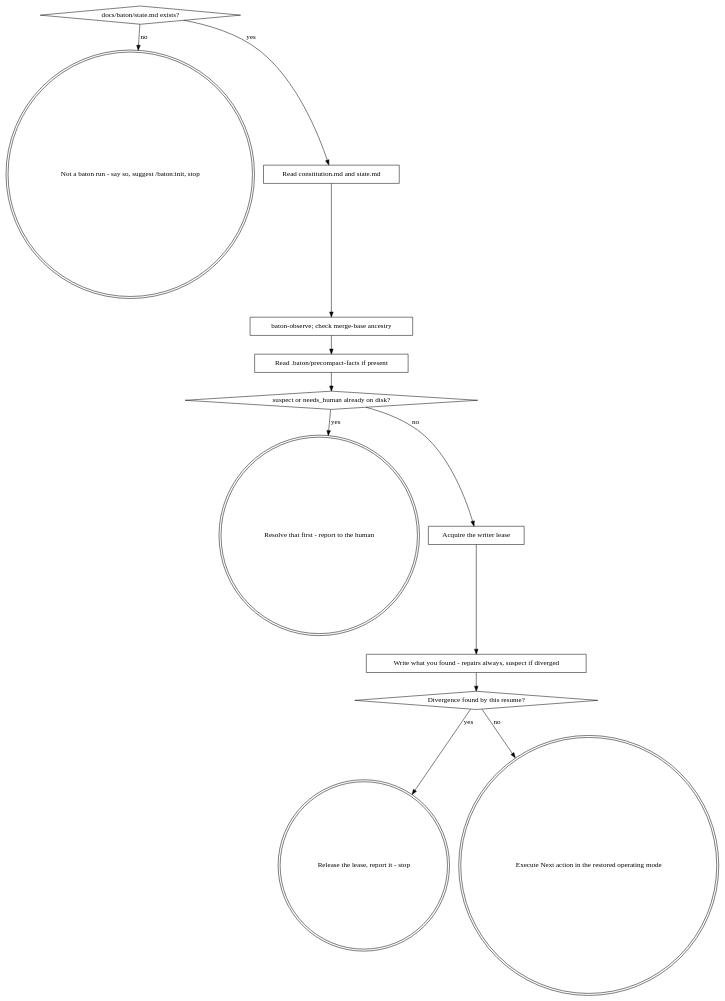
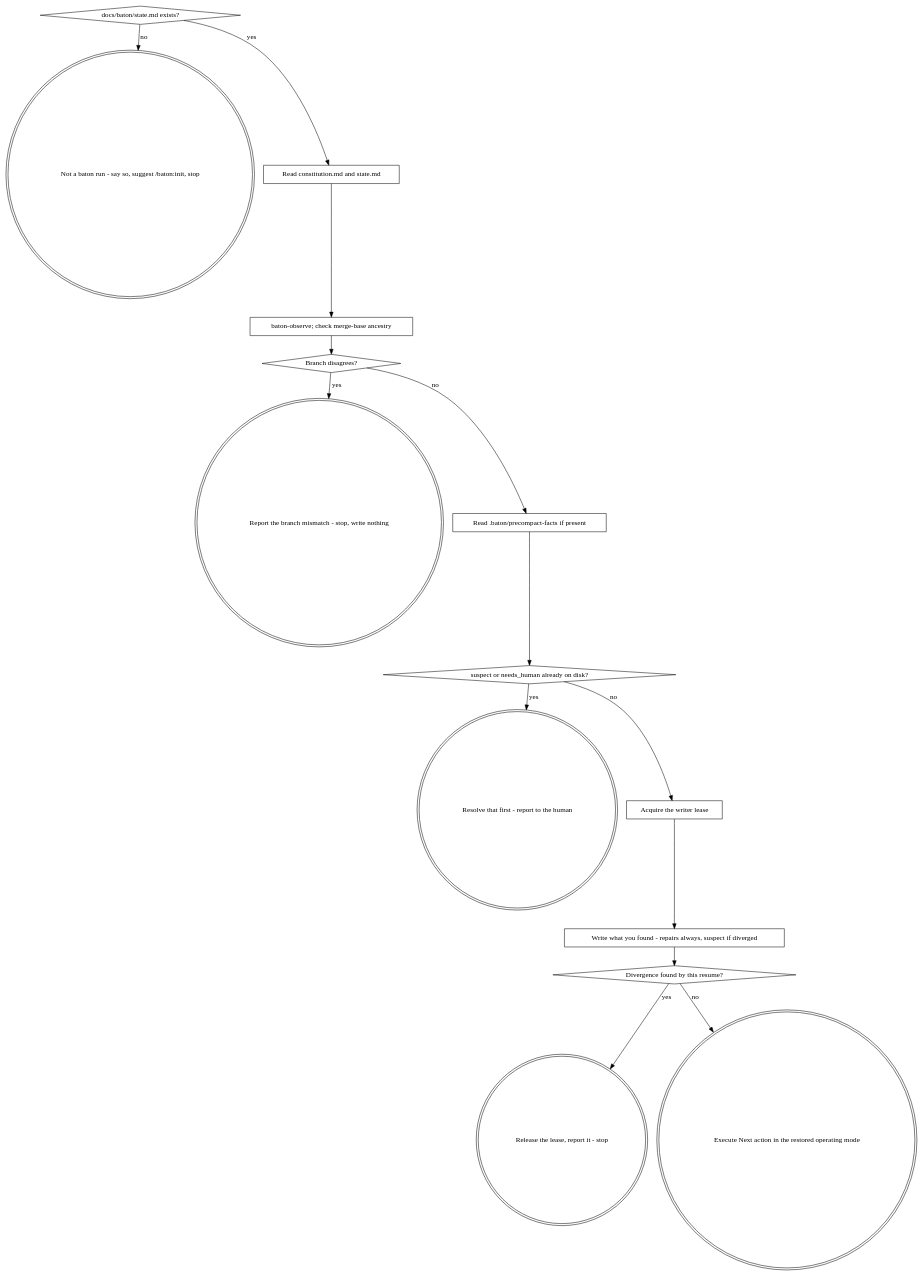
One commit to the-practice-company/bench changed the diagram in plugins/baton/skills/baton-resume/SKILL.md. Above: the diagram before and after it, drawn with Graphviz. The commit also changed other lines of this file and 2 other files, not shown here.

Commit message:
baton-resume: the stop that cannot write, and the two sentences that assumed it could

````diff
--- a/plugins/baton/skills/baton-resume/SKILL.md
+++ b/plugins/baton/skills/baton-resume/SKILL.md
@@ -20,28 +20,32 @@
 ```dot
 digraph resume {
     "docs/baton/state.md exists?" [shape=diamond];
     "Not a baton run - say so, suggest /baton:init, stop" [shape=doublecircle];
     "Read constitution.md and state.md" [shape=box];
     "baton-observe; check merge-base ancestry" [shape=box];
+    "Branch disagrees?" [shape=diamond];
+    "Report the branch mismatch - stop, write nothing" [shape=doublecircle];
     "Read .baton/precompact-facts if present" [shape=box];
     "suspect or needs_human already on disk?" [shape=diamond];
     "Resolve that first - report to the human" [shape=doublecircle];
     "Acquire the writer lease" [shape=box];
     "Write what you found - repairs always, suspect if diverged" [shape=box];
     "Divergence found by this resume?" [shape=diamond];
     "Release the lease, report it - stop" [shape=doublecircle];
     "Execute Next action in the restored operating mode" [shape=doublecircle];
 
     "docs/baton/state.md exists?" -> "Not a baton run - say so, suggest /baton:init, stop" [label="no"];
     "docs/baton/state.md exists?" -> "Read constitution.md and state.md" [label="yes"];
     "Read constitution.md and state.md" -> "baton-observe; check merge-base ancestry";
-    "baton-observe; check merge-base ancestry" -> "Read .baton/precompact-facts if present";
+    "baton-observe; check merge-base ancestry" -> "Branch disagrees?";
+    "Branch disagrees?" -> "Report the branch mismatch - stop, write nothing" [label="yes"];
+    "Branch disagrees?" -> "Read .baton/precompact-facts if present" [label="no"];
     "Read .baton/precompact-facts if present" -> "suspect or needs_human already on disk?";
     "suspect or needs_human already on disk?" -> "Resolve that first - report to the human" [label="yes"];
     "suspect or needs_human already on disk?" -> "Acquire the writer lease" [label="no"];
     "Acquire the writer lease" -> "Write what you found - repairs always, suspect if diverged";
     "Write what you found - repairs always, suspect if diverged" -> "Divergence found by this resume?";
     "Divergence found by this resume?" -> "Release the lease, report it - stop" [label="yes"];
     "Divergence found by this resume?" -> "Execute Next action in the restored operating mode" [label="no"];
 }
 ```
````
